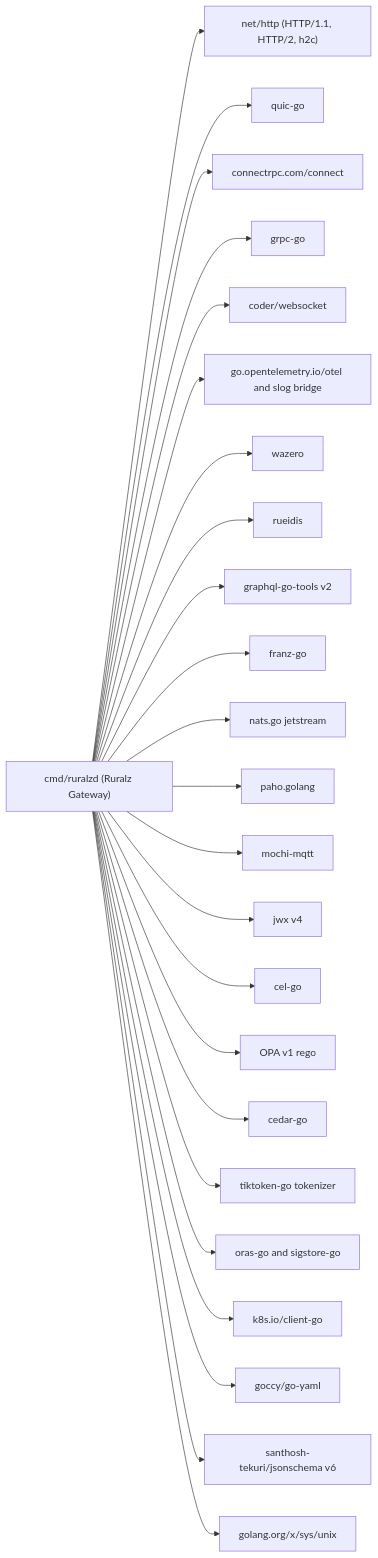
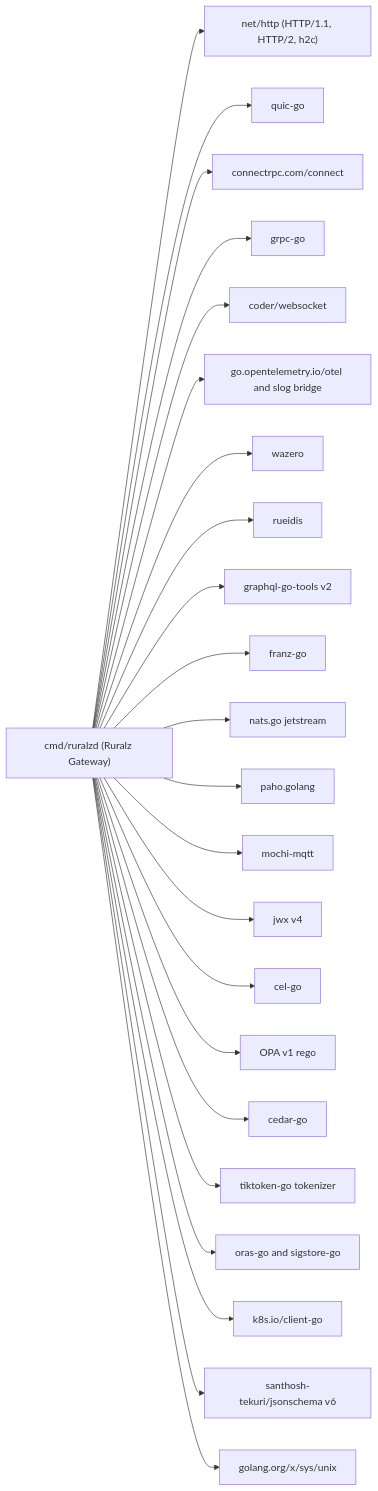
One commit to ravindu-rev/ruralz changed the first of 3 diagrams in docs/engineering/01-tech-stack-and-libraries.md. Above: the diagram before and after it, drawn with Mermaid. The commit also changed other lines of this file and 5552 other files, not shown here.

````diff
--- a/docs/engineering/01-tech-stack-and-libraries.md
+++ b/docs/engineering/01-tech-stack-and-libraries.md
@@ -122,50 +110,48 @@
 ```mermaid
 flowchart LR
   dp["cmd/ruralzd (Ruralz Gateway)"]
   http["net/http (HTTP/1.1, HTTP/2, h2c)"]
   quic["quic-go"]
   connect["connectrpc.com/connect"]
   grpc["grpc-go"]
   ws["coder/websocket"]
   otel["go.opentelemetry.io/otel and slog bridge"]
   wazero["wazero"]
   rueidis["rueidis"]
   gql["graphql-go-tools v2"]
   franz["franz-go"]
   nats["nats.go jetstream"]
   paho["paho.golang"]
   mochi["mochi-mqtt"]
   jwx["jwx v4"]
   cel["cel-go"]
   opa["OPA v1 rego"]
   cedar["cedar-go"]
   tik["tiktoken-go tokenizer"]
   oras["oras-go and sigstore-go"]
   k8s["k8s.io/client-go"]
-  yaml["goccy/go-yaml"]
   jss["santhosh-tekuri/jsonschema v6"]
   xsys["golang.org/x/sys/unix"]
   dp --> http
   dp --> quic
   dp --> connect
   dp --> grpc
   dp --> ws
   dp --> otel
   dp --> wazero
   dp --> rueidis
   dp --> gql
   dp --> franz
   dp --> nats
   dp --> paho
   dp --> mochi
   dp --> jwx
   dp --> cel
   dp --> opa
   dp --> cedar
   dp --> tik
   dp --> oras
   dp --> k8s
-  dp --> yaml
   dp --> jss
   dp --> xsys
 ```
````
